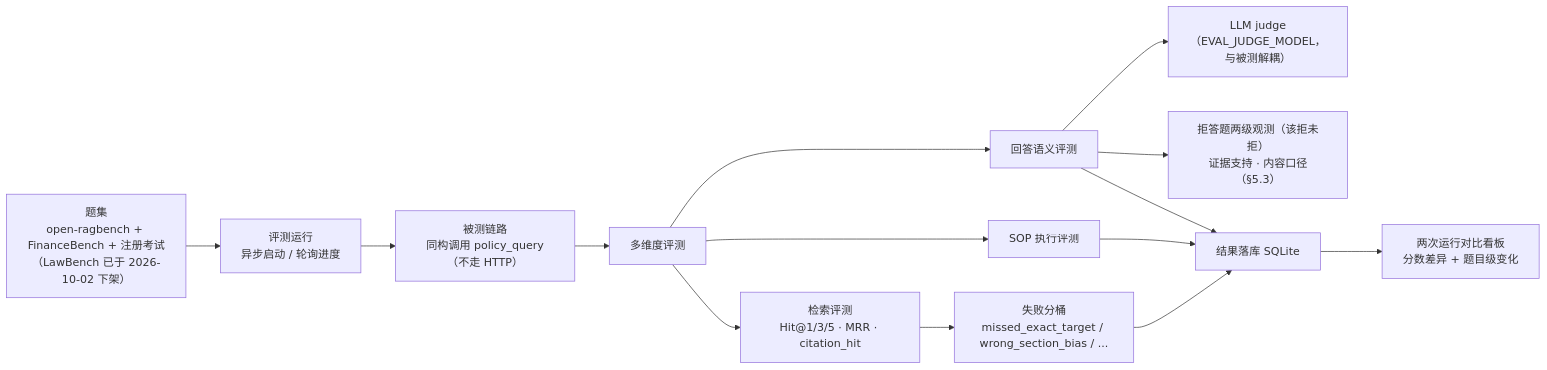
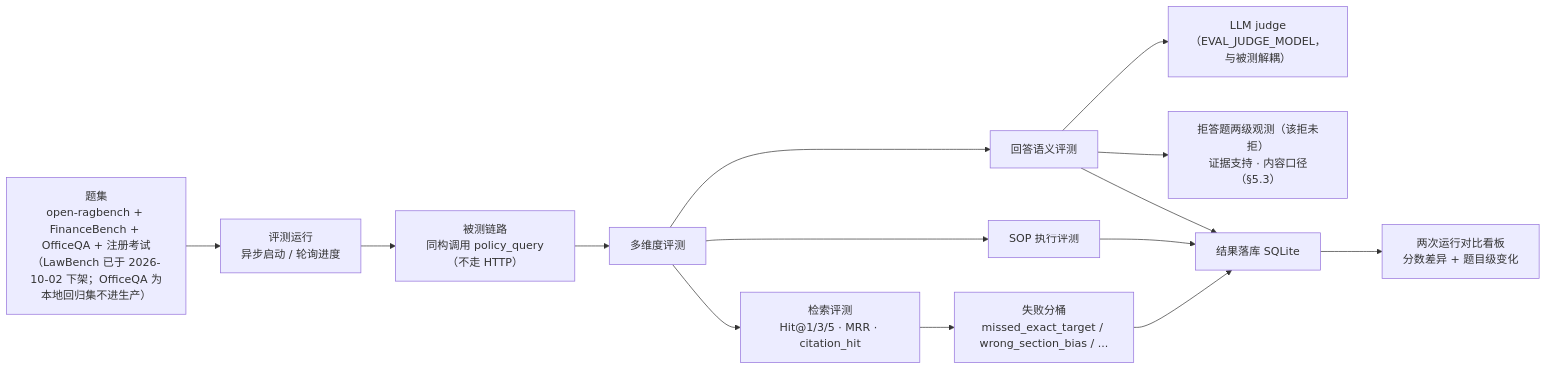
Before and after one commit to 0mao0/AnGIneer: the ninth of 10 diagrams in docs/tech-report.md, drawn with Mermaid. The commit also changed other lines of this file and 3 other files, not shown here.

First line of the commit message:
docs(sop): SOP 解耦后文档同步——README（sop_execute 正名/sop-api 独立服务/domain pack、端口 8792、Roadmap v0.3）、tech-report（§4.3 服务边界新节、§1 架构图与边界表加 sop-api、§4.2 能力行、§5 OfficeQA 与答案收尾协议、§7/§9/§10/§11 端口与环境变量同步）、architecture-map（sop-api 模块+端口+代理分流+变更清单）、.env.example 领域包注释错位修正；版本基线注明含 10-11/12 未发版改动

````diff
--- a/docs/tech-report.md
+++ b/docs/tech-report.md
@@ -260,14 +288,14 @@
 ```mermaid
 flowchart LR
-    DS["题集<br/>open-ragbench + FinanceBench + 注册考试<br/>（LawBench 已于 2026-10-02 下架）"] --> RUN["评测运行<br/>异步启动 / 轮询进度"]
+    DS["题集<br/>open-ragbench + FinanceBench + OfficeQA + 注册考试<br/>（LawBench 已于 2026-10-02 下架；OfficeQA 为本地回归集不进生产）"] --> RUN["评测运行<br/>异步启动 / 轮询进度"]
     RUN --> PIPE["被测链路<br/>同构调用 policy_query（不走 HTTP）"]
     PIPE --> MET["多维度评测"]
     MET --> RET["检索评测<br/>Hit@1/3/5 · MRR · citation_hit"]
     MET --> SOPE["SOP 执行评测"]
     MET --> ANS["回答语义评测"]
     ANS --> JUDGE["LLM judge（EVAL_JUDGE_MODEL，与被测解耦）"]
     ANS --> REFJ["拒答题两级观测（该拒未拒）<br/>证据支持 · 内容口径（§5.3）"]
     RET --> BUCKET["失败分桶<br/>missed_exact_target / wrong_section_bias / ..."]
     BUCKET & SOPE & ANS --> STORE["结果落库 SQLite"]
     STORE --> CMP["两次运行对比看板<br/>分数差异 + 题目级变化"]
 ```
````
